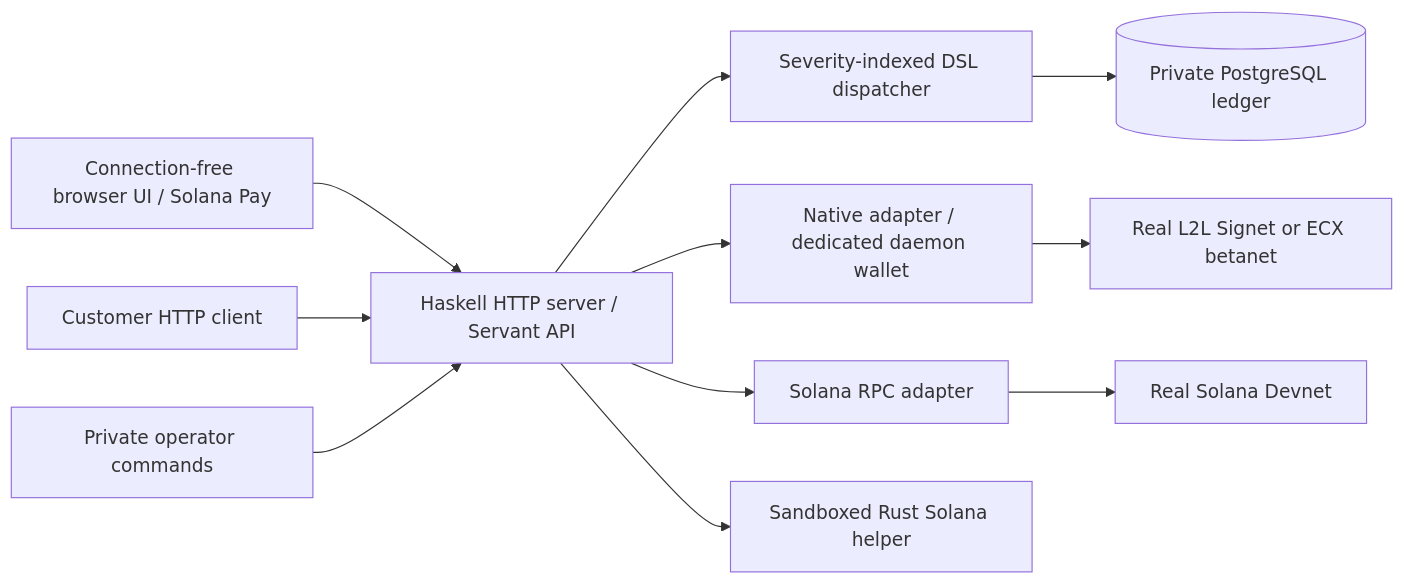
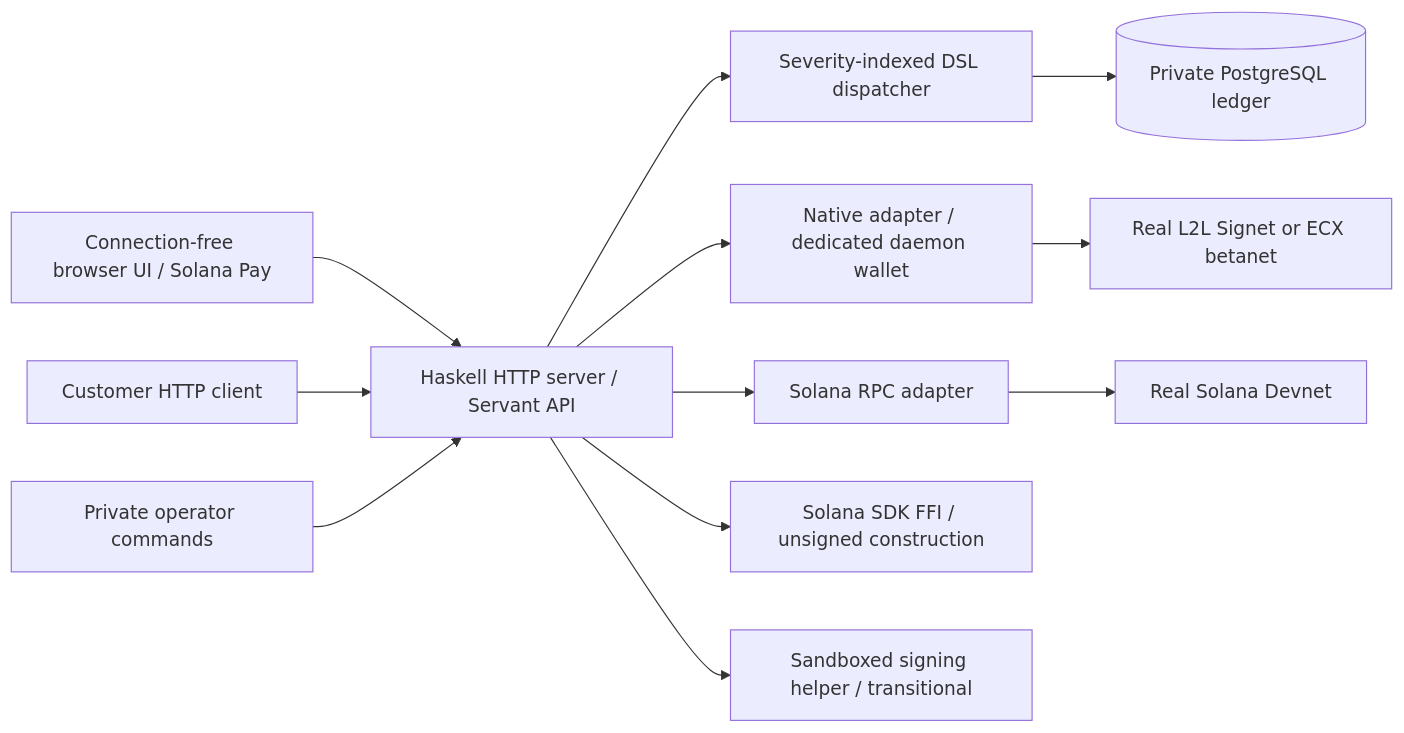
The diagram in 2-Wrap-Unwrap-Server/README.md (freewillydev/ecx-solana-bridge), drawn with Mermaid before and after one commit. The commit also changed other lines of this file and 14 other files, not shown here.

Commit message:
Use bounded Solana SDK FFI for unsigned transaction construction

````diff
--- a/2-Wrap-Unwrap-Server/README.md
+++ b/2-Wrap-Unwrap-Server/README.md
@@ -32,13 +32,14 @@
 ```mermaid
 flowchart LR
     Browser[Connection-free browser UI / Solana Pay] --> Worker[Haskell HTTP server / Servant API]
     Client[Customer HTTP client] --> Worker
     Operator[Private operator commands] --> Worker
     Worker --> Dispatcher[Severity-indexed DSL dispatcher]
     Dispatcher --> Ledger[(Private PostgreSQL ledger)]
     Worker --> Native[Native adapter / dedicated daemon wallet]
     Worker --> Solana[Solana RPC adapter]
-    Worker --> Helper[Sandboxed Rust Solana helper]
+    Worker --> SDK[Solana SDK FFI / unsigned construction]
+    Worker --> Helper[Sandboxed signing helper / transitional]
     Native --> NativeChain[Real L2L Signet or ECX betanet]
     Solana --> SolanaChain[Real Solana Devnet]
 ```
````
